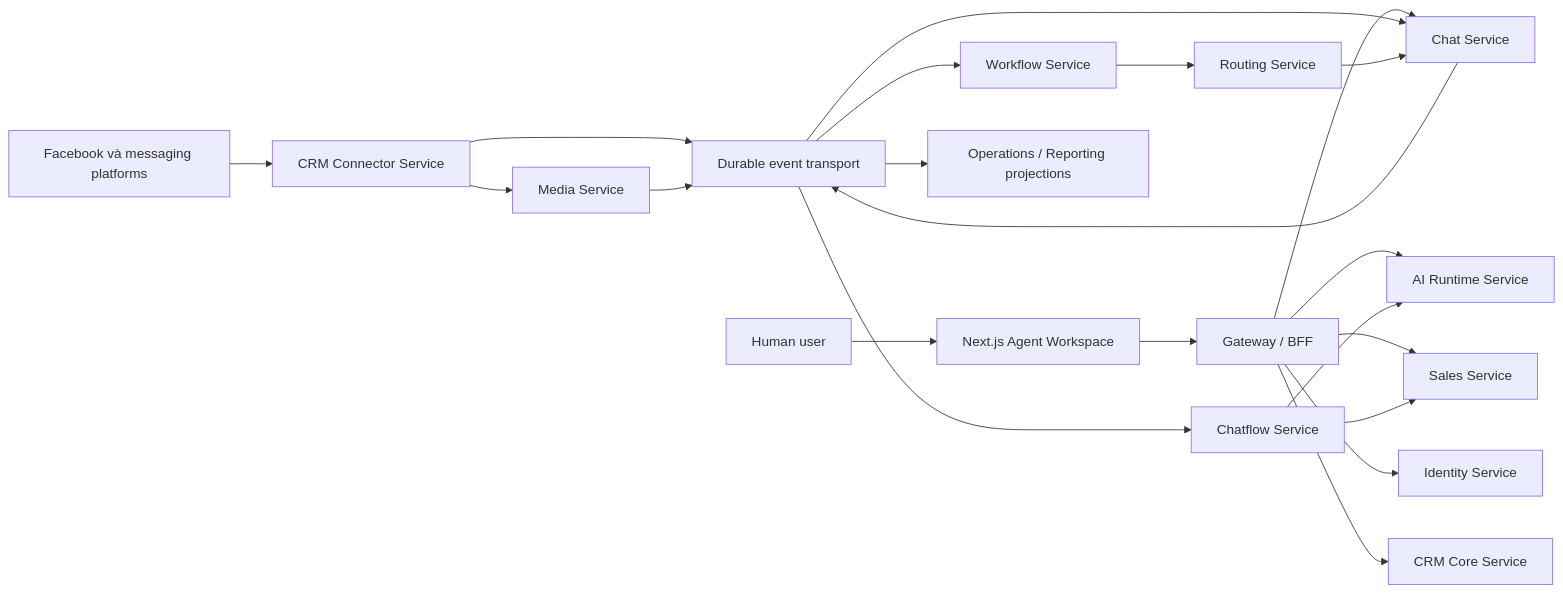
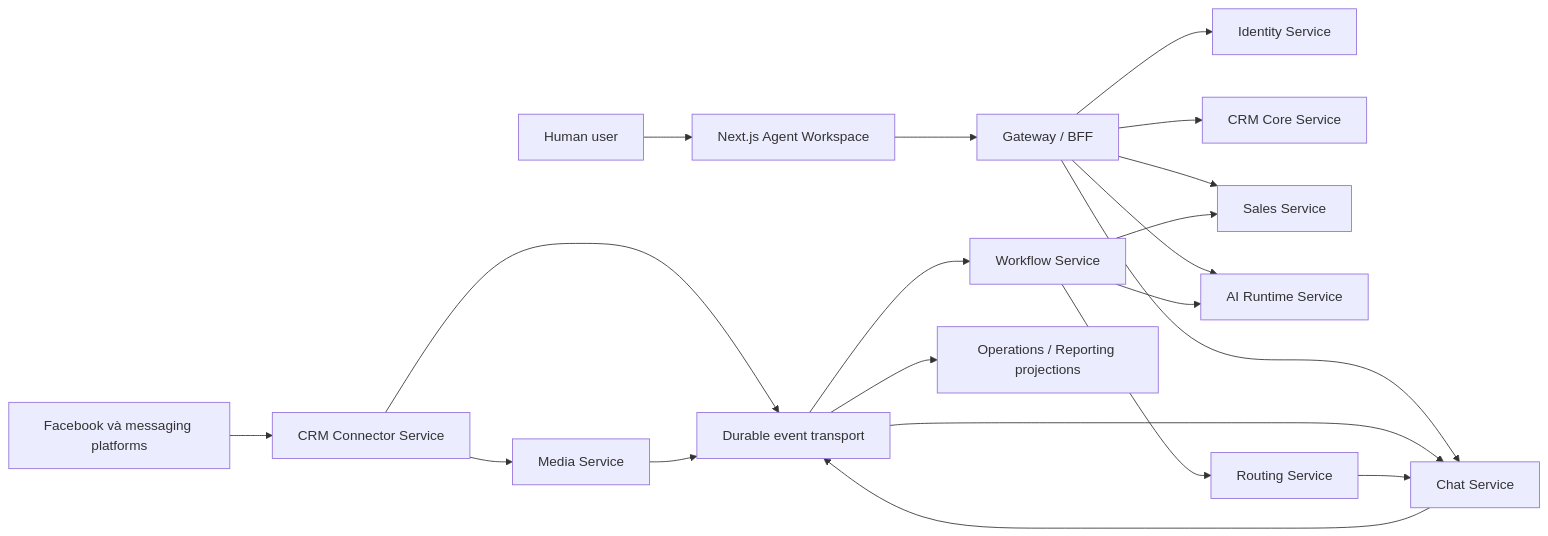
Before and after one commit to tanlehd/agentic-crm: the diagram in docs/system/architecture.md, drawn with Mermaid. The commit also changed other lines of this file and 1244 other files, not shown here.

````diff
--- a/docs/system/architecture.md
+++ b/docs/system/architecture.md
@@ -13,23 +19,22 @@
 ```mermaid
 flowchart LR
   FB[Facebook và messaging platforms] --> Connector[CRM Connector Service]
   User[Human user] --> Web[Next.js Agent Workspace]
   Web --> Edge[Gateway / BFF]
   Edge --> IAM[Identity Service]
   Edge --> Chat[Chat Service]
   Edge --> CRM[CRM Core Service]
   Edge --> Sales[Sales Service]
   Edge --> AI[AI Runtime Service]
   Connector --> Bus[Durable event transport]
   Bus --> Chat
   Chat --> Bus
-  Bus --> CF[Chatflow Service]
   Bus --> WF[Workflow Service]
-  CF --> AI
-  CF --> Sales
+  WF --> AI
+  WF --> Sales
   WF --> Routing[Routing Service]
   Routing --> Chat
   Connector --> Media[Media Service]
   Media --> Bus
   Bus --> Ops[Operations / Reporting projections]
 ```
````
